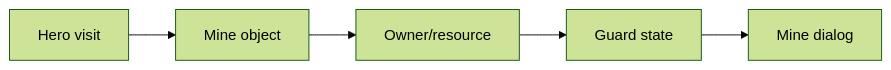
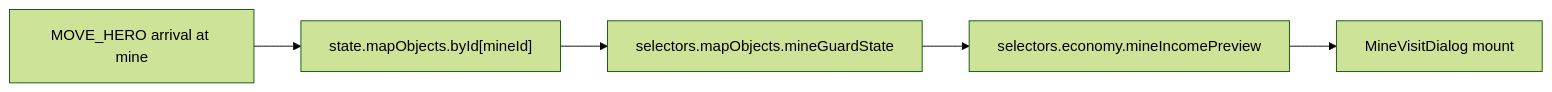
The second of 5 diagrams in docs/architecture/wiki/screens/20-mine-visit-dialog/architecture.md (SunaNoOshiro/Heroes_Reforged_AI_Realms), drawn with Mermaid (forest theme) before and after one commit. The commit also changed other lines of this file and 518 other files, not shown here.

First line of the commit message:
Add doc-audit skill and sweep architecture/screen docs

````diff
--- a/docs/architecture/wiki/screens/20-mine-visit-dialog/architecture.md
+++ b/docs/architecture/wiki/screens/20-mine-visit-dialog/architecture.md
@@ -32,8 +32,7 @@
 ```mermaid
 flowchart LR
-  L0["Hero visit"] --> L1
-  L1["Mine object"] --> L2
-  L2["Owner/resource"] --> L3
-  L3["Guard state"] --> L4
-  L4["Mine dialog"]
+  L0["MOVE_HERO arrival at mine"] --> L1["state.mapObjects.byId[mineId]"]
+  L1 --> L2["selectors.mapObjects.mineGuardState"]
+  L2 --> L3["selectors.economy.mineIncomePreview"]
+  L3 --> L4["MineVisitDialog mount"]
 ```
````
